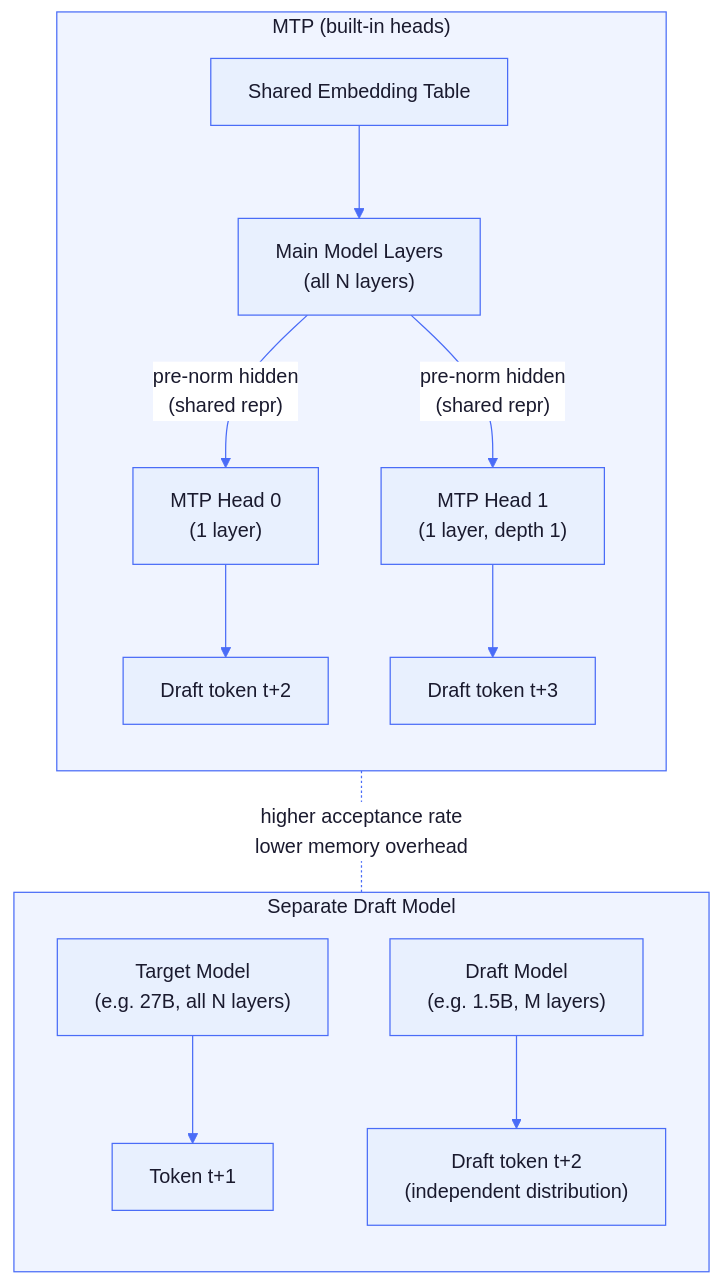
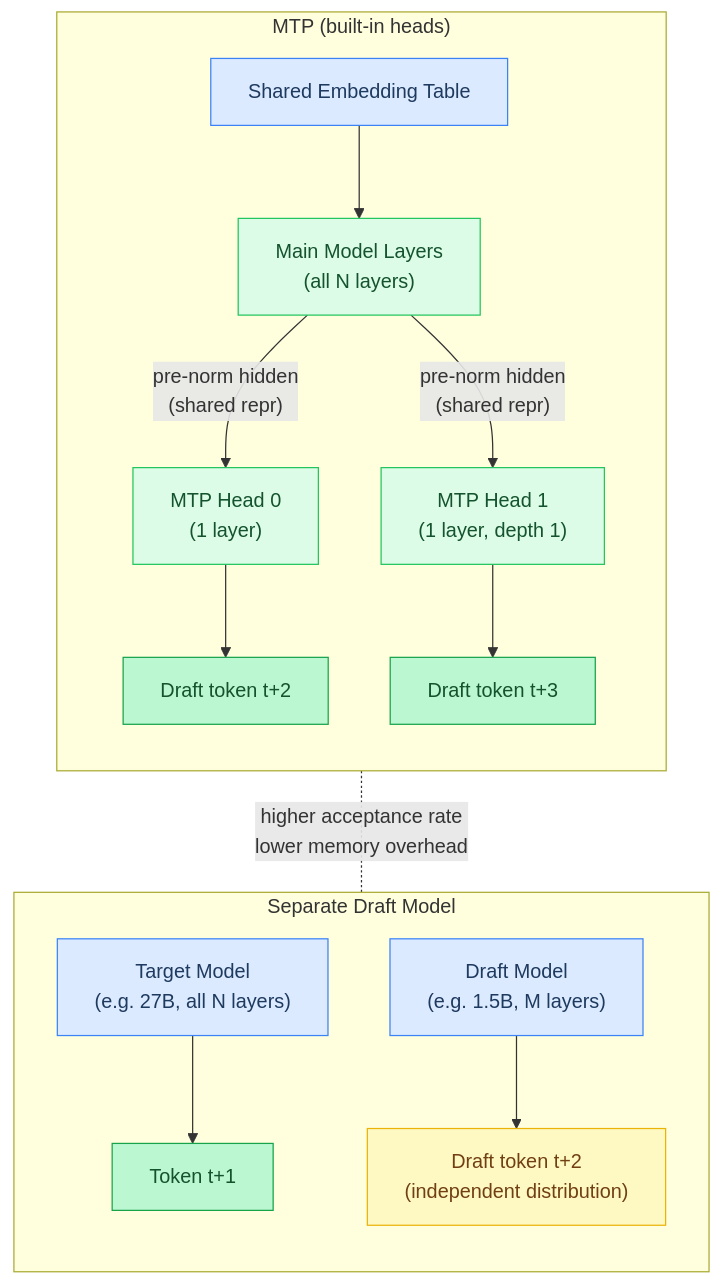
The seventh of 7 diagrams in docs/tutorial/18-multi-token-prediction.md (maci0/agave), drawn with Mermaid before and after one commit. The commit also changed other lines of this file and 24 other files, not shown here.

First line of the commit message:
docs: convert all mermaid diagrams to classDef semantic colors

````diff
--- a/docs/tutorial/18-multi-token-prediction.md
+++ b/docs/tutorial/18-multi-token-prediction.md
@@ -376,37 +341,36 @@
 ```mermaid
-%%{init: {'theme': 'base', 'themeVariables': {
-  'primaryColor': '#e8f0fe',
-  'primaryTextColor': '#1a1a2e',
-  'primaryBorderColor': '#4a6cf7',
-  'lineColor': '#4a6cf7',
-  'secondaryColor': '#f0f4ff',
-  'tertiaryColor': '#f8f9ff',
-  'edgeLabelBackground': '#ffffff',
-  'clusterBkg': '#f0f4ff',
-  'clusterBorder': '#4a6cf7',
-  'titleColor': '#1a1a2e',
-  'nodeTextColor': '#1a1a2e',
-  'fontFamily': 'ui-monospace, SFMono-Regular, monospace'
-}}}%%
 flowchart TD
+    classDef setup     fill:#dbeafe,stroke:#3b82f6,color:#1e3a5f
+    classDef sync      fill:#dcfce7,stroke:#22c55e,color:#14532d
+    classDef migration fill:#fef9c3,stroke:#eab308,color:#713f12
+    classDef success   fill:#bbf7d0,stroke:#16a34a,color:#14532d
+    classDef danger    fill:#fee2e2,stroke:#ef4444,color:#7f1d1d
+    classDef optional  fill:#f3e8ff,stroke:#9333ea,color:#581c87
+
     subgraph MTPArch["MTP (built-in heads)"]
         direction TB
-        SharedEmbed["Shared Embedding Table"]
-        MainLayers["Main Model Layers\n(all N layers)"]
+        SharedEmbed["Shared Embedding Table"]:::setup
+        MainLayers["Main Model Layers\n(all N layers)"]:::sync
+        MTPHead1["MTP Head 0\n(1 layer)"]:::sync
+        MTPHead2["MTP Head 1\n(1 layer, depth 1)"]:::sync
+        Draft1["Draft token t+2"]:::success
+        Draft2["Draft token t+3"]:::success
         SharedEmbed --> MainLayers
-        MainLayers -- "pre-norm hidden\n(shared repr)" --> MTPHead1["MTP Head 0\n(1 layer)"]
-        MainLayers -- "pre-norm hidden\n(shared repr)" --> MTPHead2["MTP Head 1\n(1 layer, depth 1)"]
-        MTPHead1 --> Draft1["Draft token t+2"]
-        MTPHead2 --> Draft2["Draft token t+3"]
+        MainLayers -- "pre-norm hidden\n(shared repr)" --> MTPHead1
+        MainLayers -- "pre-norm hidden\n(shared repr)" --> MTPHead2
+        MTPHead1 --> Draft1
+        MTPHead2 --> Draft2
     end
 
     subgraph SeparateArch["Separate Draft Model"]
         direction TB
-        TargetModel["Target Model\n(e.g. 27B, all N layers)"]
-        DraftModel["Draft Model\n(e.g. 1.5B, M layers)"]
-        TargetModel --> TTarget["Token t+1"]
-        DraftModel --> TDraft["Draft token t+2\n(independent distribution)"]
+        TargetModel["Target Model\n(e.g. 27B, all N layers)"]:::setup
+        DraftModel["Draft Model\n(e.g. 1.5B, M layers)"]:::setup
+        TTarget["Token t+1"]:::success
+        TDraft["Draft token t+2\n(independent distribution)"]:::migration
+        TargetModel --> TTarget
+        DraftModel --> TDraft
     end
 
     MTPArch -. "higher acceptance rate\nlower memory overhead" .- SeparateArch
 ```
````
